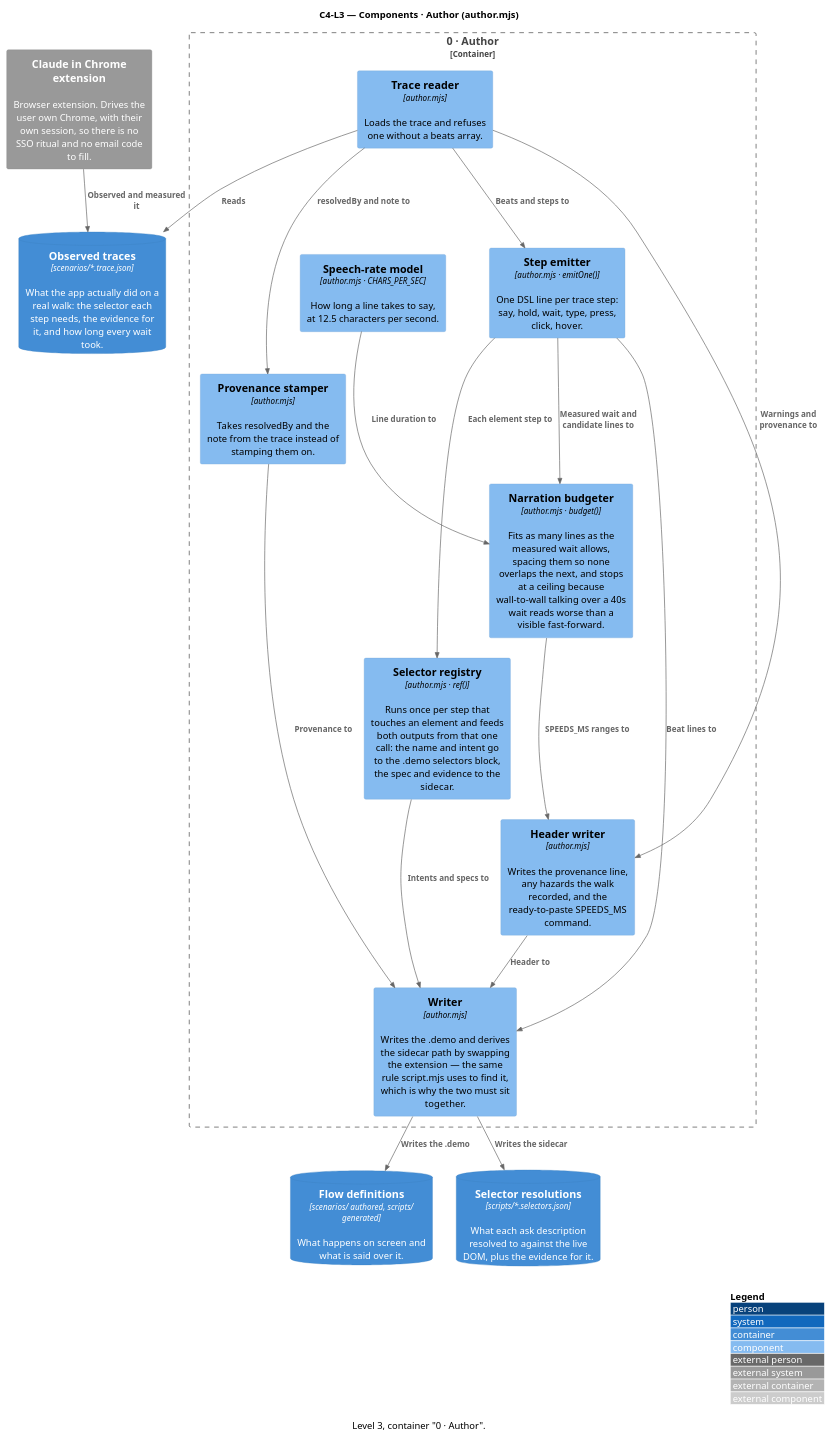
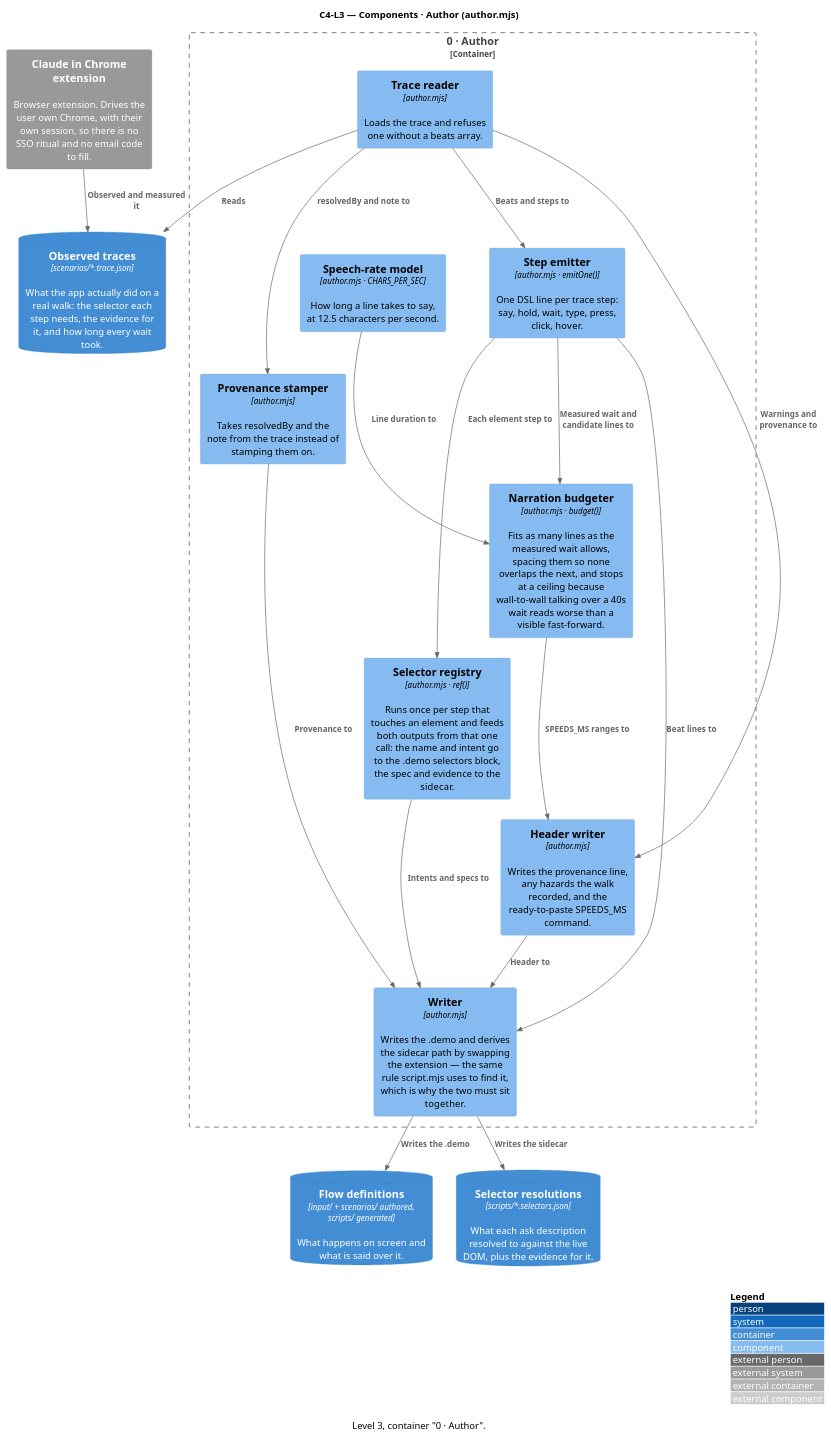
The diagram in docs/c4-l3-author.puml (ssunduko/product-video), drawn with PlantUML before and after one commit. The commit also changed 198 other files, not shown here.

First line of the commit message:
Flatten productvideos/ into the repo root; add input/ for flow files

```diff
--- a/docs/c4-l3-author.puml
+++ b/docs/c4-l3-author.puml
@@ -1,43 +1,43 @@
 @startuml c4-l3-author
 ' Generated by docs/c4-model.mjs — do not edit; edit the model and re-run.
 !include <C4/C4_Component>
 ' No bundled C4 stdlib? Replace the line above with:
 ' !include https://raw.githubusercontent.com/plantuml-stdlib/C4-PlantUML/master/C4_Component.puml
 
 title C4-L3 — Components · Author (author.mjs)
 caption Level 3, container "0 · Author".
 
 ContainerDb(observed_traces, "Observed traces", "scenarios/*.trace.json", "What the app actually did on a real walk: the selector each step needs, the evidence for it, and how long every wait took.")
-ContainerDb(flow_definitions, "Flow definitions", "scenarios/ authored, scripts/ generated", "What happens on screen and what is said over it.")
+ContainerDb(flow_definitions, "Flow definitions", "input/ + scenarios/ authored, scripts/ generated", "What happens on screen and what is said over it.")
 ContainerDb(selector_resolutions, "Selector resolutions", "scripts/*.selectors.json", "What each ask description resolved to against the live DOM, plus the evidence for it.")
 System_Ext(claude_in_chrome_extension, "Claude in Chrome extension", "Browser extension. Drives the user own Chrome, with their own session, so there is no SSO ritual and no email code to fill.")
 
 Container_Boundary(author_2, "0 · Author") {
   Component(trace_reader, "Trace reader", "author.mjs", "Loads the trace and refuses one without a beats array.")
   Component(speech_rate_model, "Speech-rate model", "author.mjs · CHARS_PER_SEC", "How long a line takes to say, at 12.5 characters per second.")
   Component(narration_budgeter, "Narration budgeter", "author.mjs · budget()", "Fits as many lines as the measured wait allows, spacing them so none overlaps the next, and stops at a ceiling because wall-to-wall talking over a 40s wait reads worse than a visible fast-forward.")
   Component(selector_registry, "Selector registry", "author.mjs · ref()", "Runs once per step that touches an element and feeds both outputs from that one call: the name and intent go to the .demo selectors block, the spec and evidence to the sidecar.")
   Component(step_emitter, "Step emitter", "author.mjs · emitOne()", "One DSL line per trace step: say, hold, wait, type, press, click, hover.")
   Component(header_writer, "Header writer", "author.mjs", "Writes the provenance line, any hazards the walk recorded, and the ready-to-paste SPEEDS_MS command.")
   Component(provenance_stamper, "Provenance stamper", "author.mjs", "Takes resolvedBy and the note from the trace instead of stamping them on.")
   Component(writer, "Writer", "author.mjs", "Writes the .demo and derives the sidecar path by swapping the extension — the same rule script.mjs uses to find it, which is why the two must sit together.")
 }
 
 Rel(claude_in_chrome_extension, observed_traces, "Observed and measured it")
 Rel(trace_reader, observed_traces, "Reads")
 Rel(trace_reader, step_emitter, "Beats and steps to")
 Rel(trace_reader, header_writer, "Warnings and provenance to")
 Rel(trace_reader, provenance_stamper, "resolvedBy and note to")
 Rel(speech_rate_model, narration_budgeter, "Line duration to")
 Rel(step_emitter, narration_budgeter, "Measured wait and candidate lines to")
 Rel(narration_budgeter, header_writer, "SPEEDS_MS ranges to")
 Rel(step_emitter, selector_registry, "Each element step to")
 Rel(selector_registry, writer, "Intents and specs to")
 Rel(step_emitter, writer, "Beat lines to")
 Rel(header_writer, writer, "Header to")
 Rel(provenance_stamper, writer, "Provenance to")
 Rel(writer, flow_definitions, "Writes the .demo")
 Rel(writer, selector_resolutions, "Writes the sidecar")
 
 LAYOUT_WITH_LEGEND()
 @enduml
```
